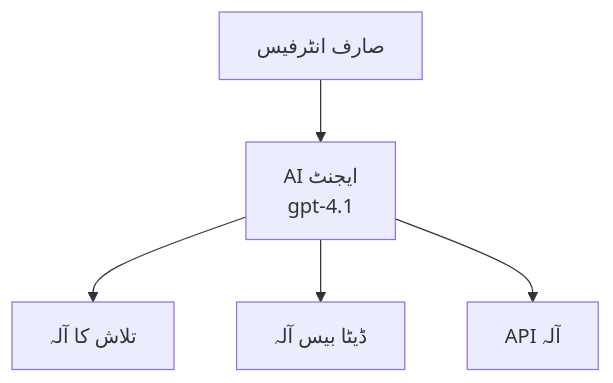
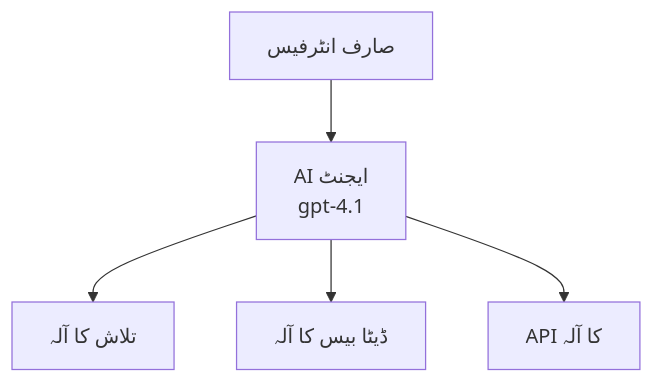
The first of 3 diagrams in translations/ur/docs/chapter-02-ai-development/agents.md (microsoft/AZD-for-beginners), drawn with Mermaid before and after one commit. The commit also changed other lines of this file and 101 other files, not shown here.

````diff
--- a/translations/ur/docs/chapter-02-ai-development/agents.md
+++ b/translations/ur/docs/chapter-02-ai-development/agents.md
@@ -152,7 +157,7 @@
 ```mermaid
 graph TD
     UI[صارف انٹرفیس] --> Agent[AI ایجنٹ<br/>gpt-4.1]
     Agent --> Search[تلاش کا آلہ]
-    Agent --> Database[ڈیٹا بیس آلہ]
-    Agent --> API[API آلہ]
-```
+    Agent --> Database[ڈیٹا بیس کا آلہ]
+    Agent --> API[API کا آلہ]
+```  
````
